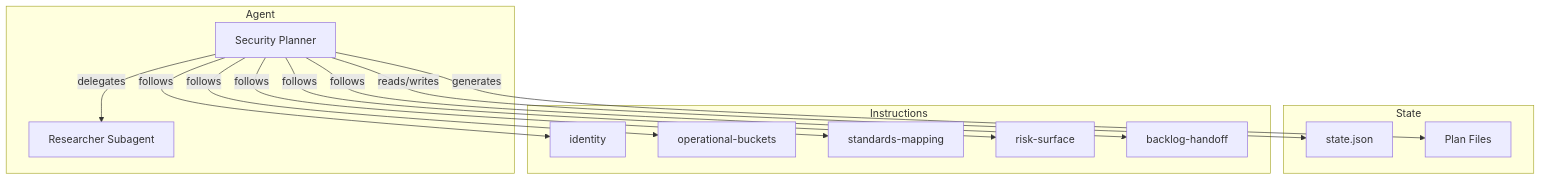
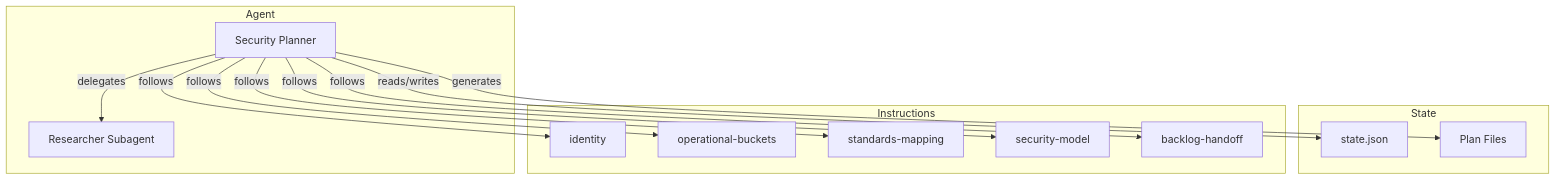
Before and after one commit to microsoft/hve-core: the diagram in docs/agents/security-planning/agent-overview.md, drawn with Mermaid. The commit also changed other lines of this file and 93 other files, not shown here.

````diff
--- a/docs/agents/security-planning/agent-overview.md
+++ b/docs/agents/security-planning/agent-overview.md
@@ -23,25 +23,25 @@
 ```mermaid
 flowchart TD
   subgraph Agent
     SP["Security Planner"]
     RS["Researcher Subagent"]
   end
 
   subgraph State
     SJ["state.json"]
     PF["Plan Files"]
   end
 
   subgraph Instructions
     I1["identity"]
     I2["operational-buckets"]
     I3["standards-mapping"]
-    I4["risk-surface"]
+    I4["security-model"]
     I5["backlog-handoff"]
   end
 
   SP -->|"delegates"| RS
   SP -->|"reads/writes"| SJ
   SP -->|"generates"| PF
   SP -->|"follows"| I1 & I2 & I3 & I4 & I5
 ```
````
